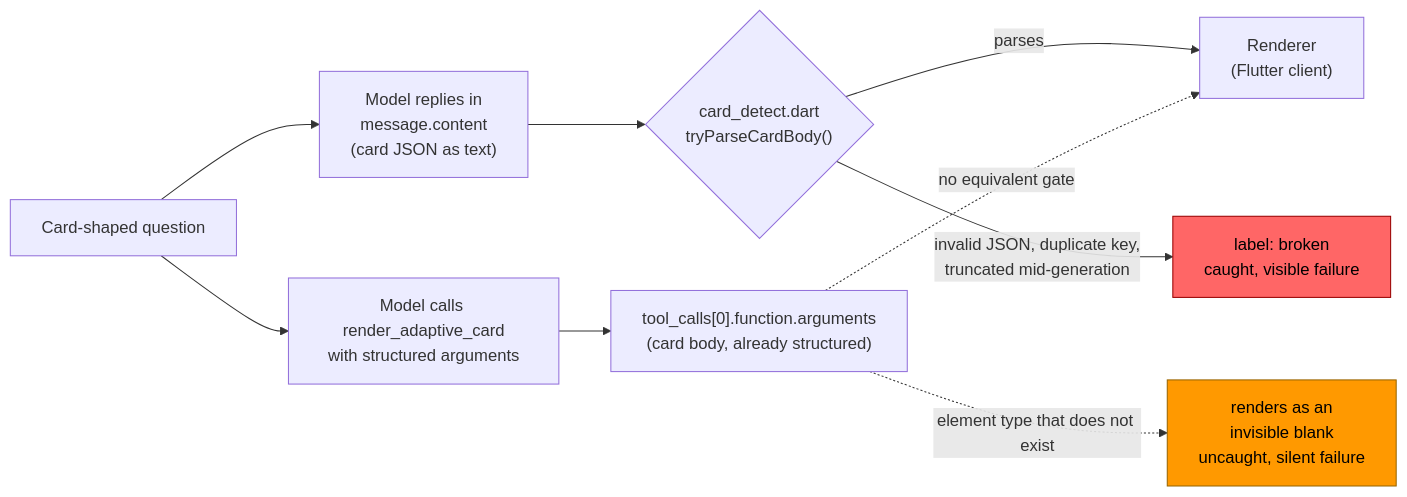
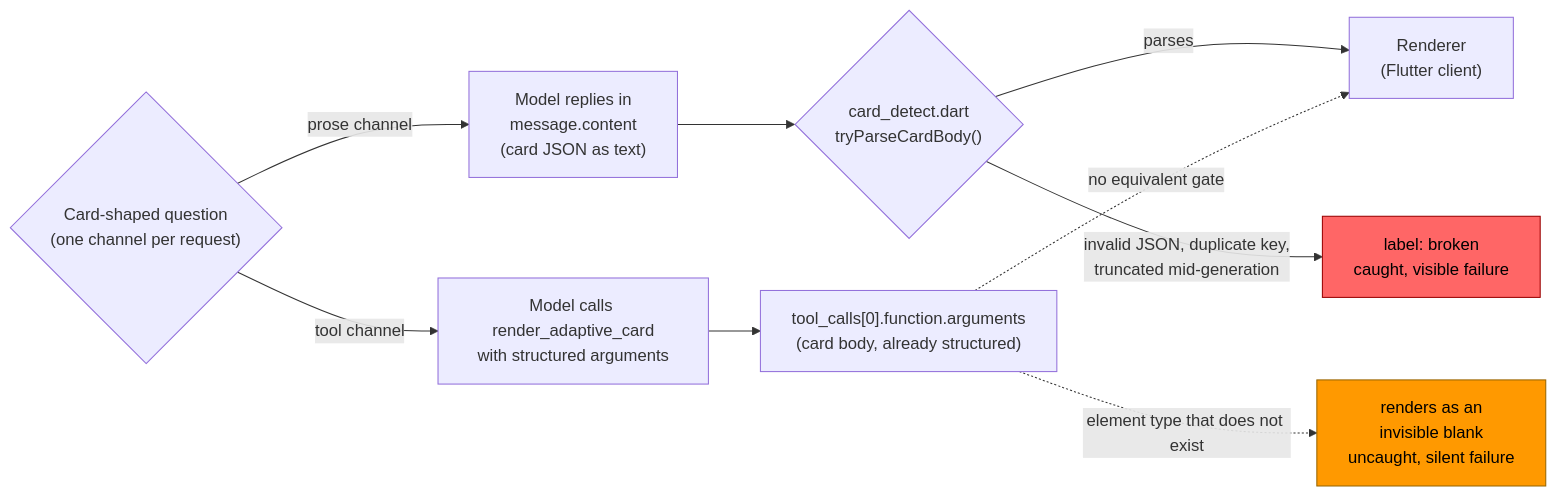
One commit to freemansoft/Flutter-AdaptiveCards changed the diagram in adaptive_chat_server_dart/blog/article-4-tool-channel-draft.md. Above: the diagram before and after it, drawn with Mermaid. The commit also changed other lines of this file, not shown here.

````diff
--- a/adaptive_chat_server_dart/blog/article-4-tool-channel-draft.md
+++ b/adaptive_chat_server_dart/blog/article-4-tool-channel-draft.md
@@ -61,17 +75,17 @@
 ```mermaid
 flowchart LR
-  Q["Card-shaped question"]
+  Q{"Card-shaped question\n(one channel per request)"}
 
-  Q --> M1["Model replies in\nmessage.content\n(card JSON as text)"]
+  Q -- "prose channel" --> M1["Model replies in\nmessage.content\n(card JSON as text)"]
   M1 --> DETECT{"card_detect.dart\ntryParseCardBody()"}
   DETECT -- parses --> R["Renderer\n(Flutter client)"]
   DETECT -- "invalid JSON, duplicate key,\ntruncated mid-generation" --> BROKEN["label: broken\ncaught, visible failure"]
 
-  Q --> M2["Model calls render_adaptive_card\nwith structured arguments"]
+  Q -- "tool channel" --> M2["Model calls render_adaptive_card\nwith structured arguments"]
   M2 --> ARGS["tool_calls[0].function.arguments\n(card body, already structured)"]
   ARGS -. "no equivalent gate" .-> R
   ARGS -. "element type that does not exist" .-> SILENT["renders as an\ninvisible blank\nuncaught, silent failure"]
 
   style BROKEN fill:#f66,stroke:#900,color:#000
   style SILENT fill:#f90,stroke:#960,color:#000
 ```
````
